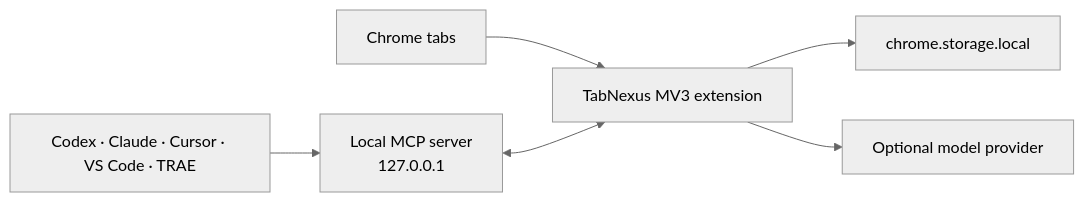
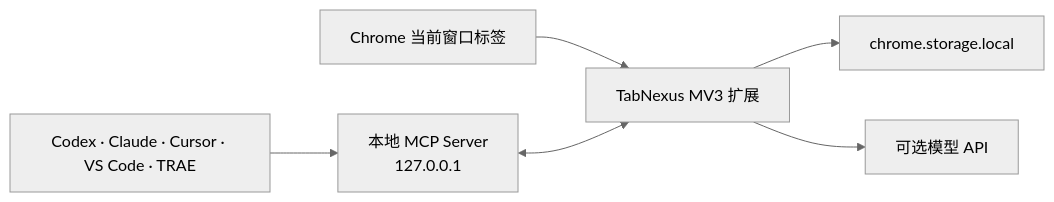
Before and after one commit to KaichenCurry/TabNexus: the third of 3 diagrams in README.md, drawn with Mermaid (neutral theme). The commit also changed other lines of this file and 78 other files, not shown here.

````diff
--- a/README.md
+++ b/README.md
@@ -152,8 +225,8 @@
 ```mermaid
 flowchart LR
-    Chrome["Chrome tabs"] --> Extension["TabNexus MV3 extension"]
+    Chrome["Chrome 当前窗口标签"] --> Extension["TabNexus MV3 扩展"]
     Extension --> Storage["chrome.storage.local"]
-    Extension --> AI["Optional model provider"]
-    Agent["Codex · Claude · Cursor · VS Code · TRAE"] --> MCP["Local MCP server\n127.0.0.1"]
+    Extension --> Provider["可选模型 API"]
+    Agent["Codex · Claude · Cursor · VS Code · TRAE"] --> MCP["本地 MCP Server<br/>127.0.0.1"]
     MCP <--> Extension
 ```
````
